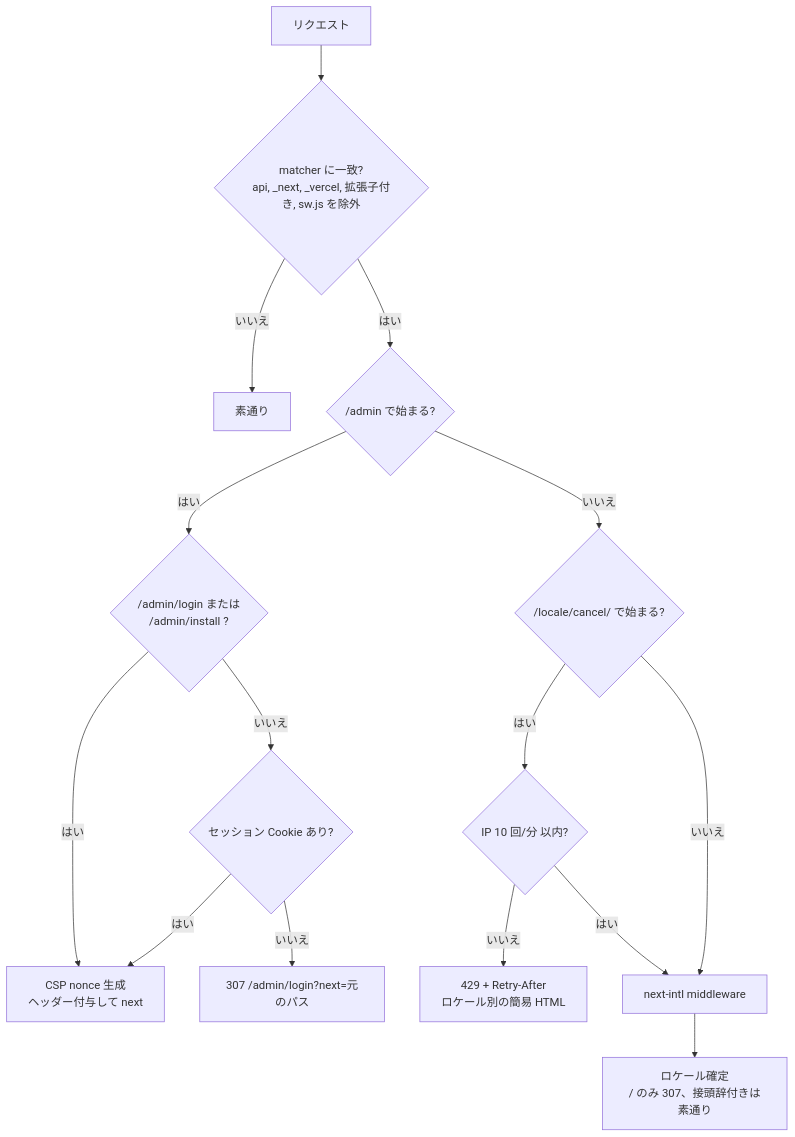
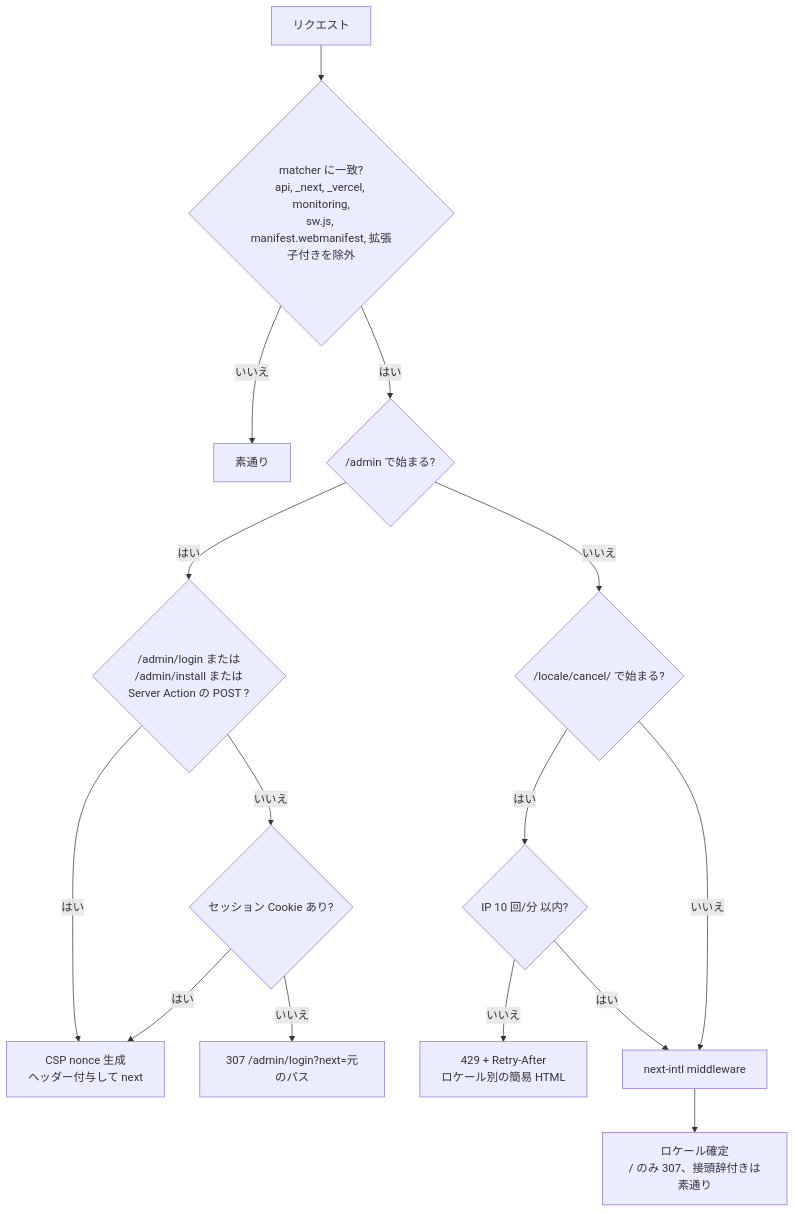
One commit to kaz-ma/barber-booking changed the second of 2 diagrams in docs/03_design/01_sitemap.md. Above: the diagram before and after it, drawn with Mermaid. The commit also changed other lines of this file and 2 other files, not shown here.

````diff
--- a/docs/03_design/01_sitemap.md
+++ b/docs/03_design/01_sitemap.md
@@ -162,17 +166,17 @@
 ```mermaid
 flowchart TD
-  IN["リクエスト"] --> M{"matcher に一致?<br/>api, _next, _vercel, 拡張子付き, sw.js を除外"}
+  IN["リクエスト"] --> M{"matcher に一致?<br/>api, _next, _vercel, monitoring,<br/>sw.js, manifest.webmanifest, 拡張子付きを除外"}
   M -- "いいえ" --> PASS["素通り"]
   M -- "はい" --> AD{"/admin で始まる?"}
-  AD -- "はい" --> PUBADM{"/admin/login または<br/>/admin/install ?"}
+  AD -- "はい" --> PUBADM{"/admin/login または<br/>/admin/install または<br/>Server Action の POST ?"}
   PUBADM -- "はい" --> NONCE["CSP nonce 生成<br/>ヘッダー付与して next"]
   PUBADM -- "いいえ" --> CK{"セッション Cookie あり?"}
   CK -- "いいえ" --> RL["307 /admin/login?next=元のパス"]
   CK -- "はい" --> NONCE
   AD -- "いいえ" --> CX{"/locale/cancel/ で始まる?"}
   CX -- "はい" --> RATE{"IP 10 回/分 以内?"}
   RATE -- "いいえ" --> R429["429 + Retry-After<br/>ロケール別の簡易 HTML"]
   RATE -- "はい" --> INTL["next-intl middleware"]
   CX -- "いいえ" --> INTL
   INTL --> OUT["ロケール確定<br/>/ のみ 307、接頭辞付きは素通り"]
 ```
````
